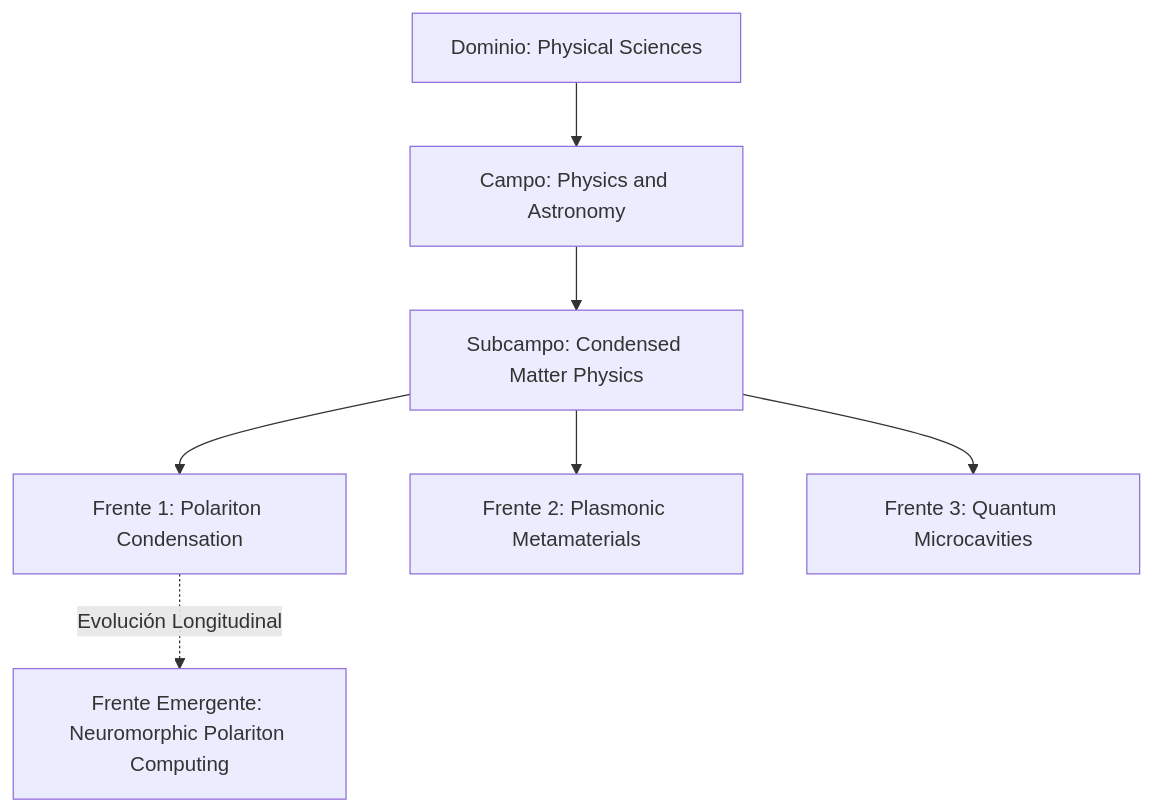
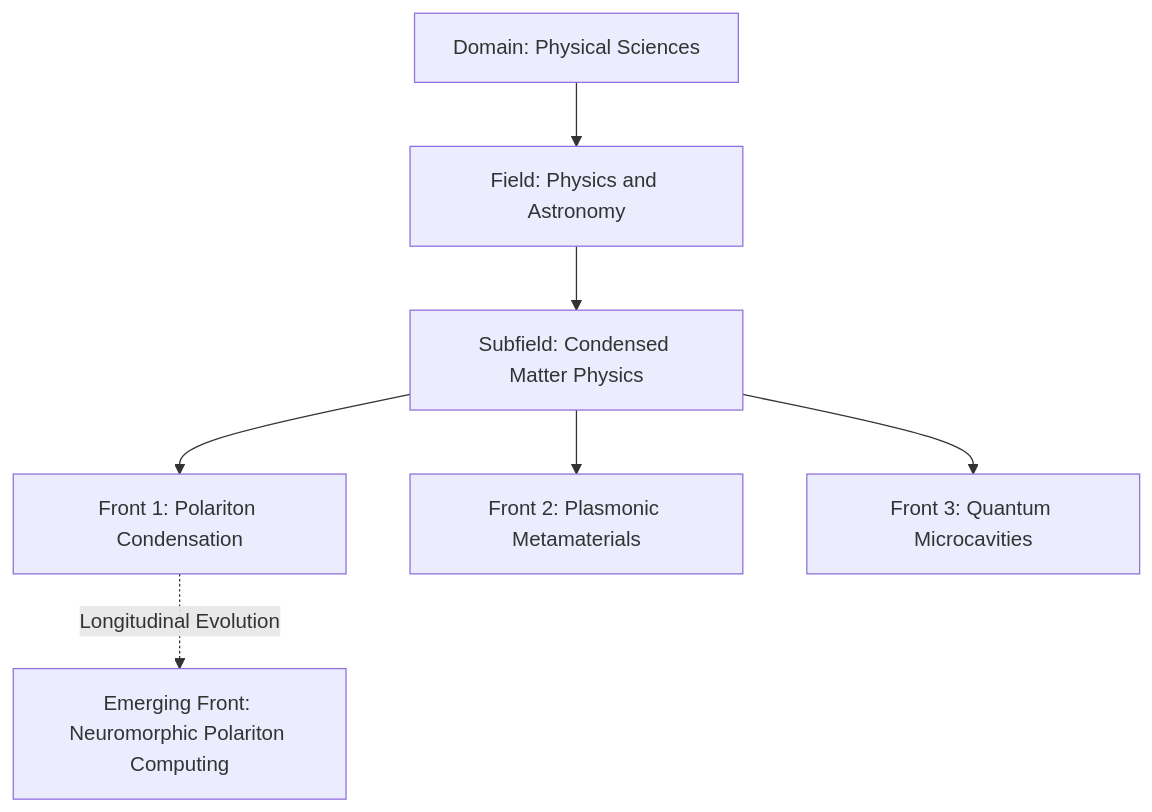
Before and after one commit to chilti/sos-mcp-services: the third of 3 diagrams in .agents/skills/topics-research-fronts-intelligence/SKILL.md, drawn with Mermaid. The commit also changed other lines of this file and 129 other files, not shown here.

````diff
--- a/.agents/skills/topics-research-fronts-intelligence/SKILL.md
+++ b/.agents/skills/topics-research-fronts-intelligence/SKILL.md
@@ -182,9 +184,9 @@
 ```mermaid
 graph TD
-    Domain[Dominio: Physical Sciences] --> Field[Campo: Physics and Astronomy]
-    Field --> Subfield[Subcampo: Condensed Matter Physics]
-    Subfield --> F1[Frente 1: Polariton Condensation]
-    Subfield --> F2[Frente 2: Plasmonic Metamaterials]
-    Subfield --> F3[Frente 3: Quantum Microcavities]
-    F1 -.->|Evolución Longitudinal| F4[Frente Emergente: Neuromorphic Polariton Computing]
+    Domain[Domain: Physical Sciences] --> Field[Field: Physics and Astronomy]
+    Field --> Subfield[Subfield: Condensed Matter Physics]
+    Subfield --> F1[Front 1: Polariton Condensation]
+    Subfield --> F2[Front 2: Plasmonic Metamaterials]
+    Subfield --> F3[Front 3: Quantum Microcavities]
+    F1 -.->|Longitudinal Evolution| F4[Emerging Front: Neuromorphic Polariton Computing]
 ```
````
